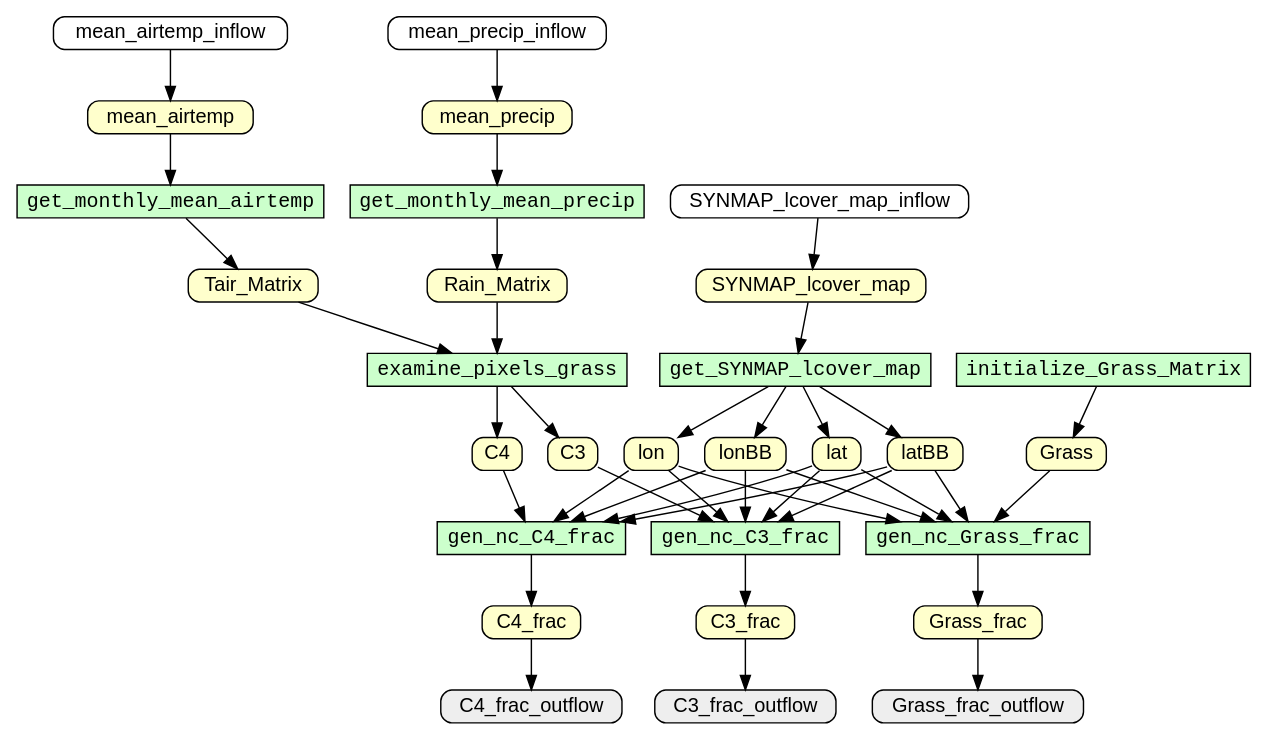
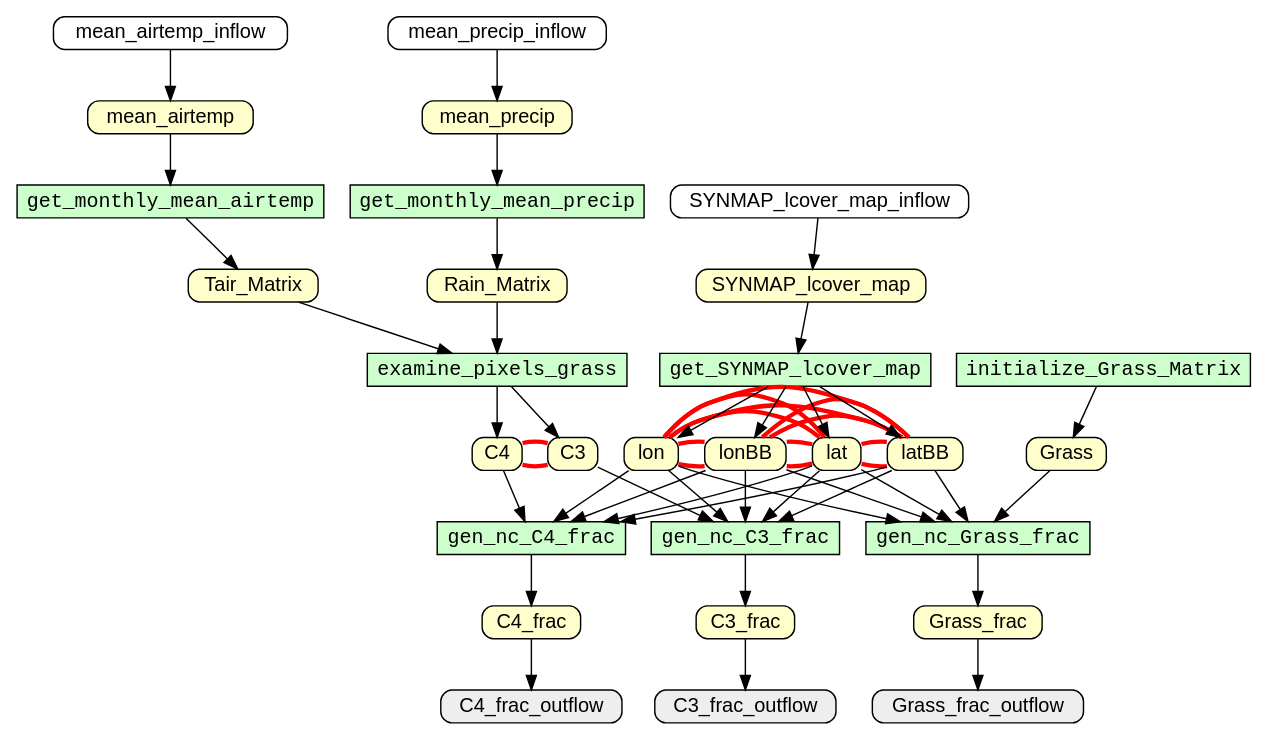
Before and after one commit to yesworkflow-org/yw-tapp-17-assert: the diagram in toy-examples/examples/c3c4/g.gv, drawn with Graphviz. The commit also changed 4 other files, not shown here.

```diff
--- a/toy-examples/examples/c3c4/g.gv
+++ b/toy-examples/examples/c3c4/g.gv
@@ -1,73 +1,87 @@
 digraph {
 rankdir=TB
 node [shape=box,fontname=Helvetica,fontsize=14,height=0,width=0]
 edge [fontname=Helvetica,fontsize=12]
 "C3"[style="filled,rounded" fillcolor="#FFFFCC",label="C3"]
 "C3_frac"[style="filled,rounded" fillcolor="#FFFFCC",label="C3_frac"]
 "C4"[style="filled,rounded" fillcolor="#FFFFCC",label="C4"]
 "C4_frac"[style="filled,rounded" fillcolor="#FFFFCC",label="C4_frac"]
 "Grass"[style="filled,rounded" fillcolor="#FFFFCC",label="Grass"]
 "Grass_frac"[style="filled,rounded" fillcolor="#FFFFCC",label="Grass_frac"]
 "Rain_Matrix"[style="filled,rounded" fillcolor="#FFFFCC",label="Rain_Matrix"]
 "SYNMAP_lcover_map"[style="filled,rounded" fillcolor="#FFFFCC",label="SYNMAP_lcover_map"]
 "Tair_Matrix"[style="filled,rounded" fillcolor="#FFFFCC",label="Tair_Matrix"]
 "lat"[style="filled,rounded" fillcolor="#FFFFCC",label="lat"]
 "latBB"[style="filled,rounded" fillcolor="#FFFFCC",label="latBB"]
 "lon"[style="filled,rounded" fillcolor="#FFFFCC",label="lon"]
 "lonBB"[style="filled,rounded" fillcolor="#FFFFCC",label="lonBB"]
 "mean_airtemp"[style="filled,rounded" fillcolor="#FFFFCC",label="mean_airtemp"]
 "mean_precip"[style="filled,rounded" fillcolor="#FFFFCC",label="mean_precip"]
 "C3_frac_outflow"[style="filled,rounded" fillcolor="#EEEEEE",label="C3_frac_outflow"]
 "C4_frac_outflow"[style="filled,rounded" fillcolor="#EEEEEE",label="C4_frac_outflow"]
 "Grass_frac_outflow"[style="filled,rounded" fillcolor="#EEEEEE",label="Grass_frac_outflow"]
 "SYNMAP_lcover_map_inflow"[style="filled,rounded" fillcolor="#FFFFFF",label="SYNMAP_lcover_map_inflow"]
 "initialize_Grass_Matrix"[style="filled,rounded" fillcolor="#FFFFFF",label="initialize_Grass_Matrix"]
 "mean_airtemp_inflow"[style="filled,rounded" fillcolor="#FFFFFF",label="mean_airtemp_inflow"]
 "mean_precip_inflow"[style="filled,rounded" fillcolor="#FFFFFF",label="mean_precip_inflow"]
 "examine_pixels_grass"[style="filled" fontname=Courier fillcolor="#CCFFCC",label="examine_pixels_grass"]
 "gen_nc_C3_frac"[style="filled" fontname=Courier fillcolor="#CCFFCC",label="gen_nc_C3_frac"]
 "gen_nc_C4_frac"[style="filled" fontname=Courier fillcolor="#CCFFCC",label="gen_nc_C4_frac"]
 "gen_nc_Grass_frac"[style="filled" fontname=Courier fillcolor="#CCFFCC",label="gen_nc_Grass_frac"]
 "get_SYNMAP_lcover_map"[style="filled" fontname=Courier fillcolor="#CCFFCC",label="get_SYNMAP_lcover_map"]
 "get_monthly_mean_airtemp"[style="filled" fontname=Courier fillcolor="#CCFFCC",label="get_monthly_mean_airtemp"]
 "get_monthly_mean_precip"[style="filled" fontname=Courier fillcolor="#CCFFCC",label="get_monthly_mean_precip"]
 "initialize_Grass_Matrix"[style="filled" fontname=Courier fillcolor="#CCFFCC",label="initialize_Grass_Matrix"]
 C3 -> gen_nc_C3_frac [color="#000000"]
 C3_frac -> C3_frac_outflow [color="#000000"]
 C4 -> gen_nc_C4_frac [color="#000000"]
 C4_frac -> C4_frac_outflow [color="#000000"]
 Grass -> gen_nc_Grass_frac [color="#000000"]
 Grass_frac -> Grass_frac_outflow [color="#000000"]
 Rain_Matrix -> examine_pixels_grass [color="#000000"]
 SYNMAP_lcover_map -> get_SYNMAP_lcover_map [color="#000000"]
 SYNMAP_lcover_map_inflow -> SYNMAP_lcover_map [color="#000000"]
 Tair_Matrix -> examine_pixels_grass [color="#000000"]
 examine_pixels_grass -> C3 [color="#000000"]
 examine_pixels_grass -> C4 [color="#000000"]
 gen_nc_C3_frac -> C3_frac [color="#000000"]
 gen_nc_C4_frac -> C4_frac [color="#000000"]
 gen_nc_Grass_frac -> Grass_frac [color="#000000"]
 get_SYNMAP_lcover_map -> lat [color="#000000"]
 get_SYNMAP_lcover_map -> latBB [color="#000000"]
 get_SYNMAP_lcover_map -> lon [color="#000000"]
 get_SYNMAP_lcover_map -> lonBB [color="#000000"]
 get_monthly_mean_airtemp -> Tair_Matrix [color="#000000"]
 get_monthly_mean_precip -> Rain_Matrix [color="#000000"]
 initialize_Grass_Matrix -> Grass [color="#000000"]
 lat -> gen_nc_C3_frac [color="#000000"]
 lat -> gen_nc_C4_frac [color="#000000"]
 lat -> gen_nc_Grass_frac [color="#000000"]
 latBB -> gen_nc_C3_frac [color="#000000"]
 latBB -> gen_nc_C4_frac [color="#000000"]
 latBB -> gen_nc_Grass_frac [color="#000000"]
 lon -> gen_nc_C3_frac [color="#000000"]
 lon -> gen_nc_C4_frac [color="#000000"]
 lon -> gen_nc_Grass_frac [color="#000000"]
 lonBB -> gen_nc_C3_frac [color="#000000"]
 lonBB -> gen_nc_C4_frac [color="#000000"]
 lonBB -> gen_nc_Grass_frac [color="#000000"]
 mean_airtemp -> get_monthly_mean_airtemp [color="#000000"]
 mean_airtemp_inflow -> mean_airtemp [color="#000000"]
 mean_precip -> get_monthly_mean_precip [color="#000000"]
 mean_precip_inflow -> mean_precip [color="#000000"]
+C3 -> C4 [constraint=false color="#FF0000" dir=none penwidth=3]
+C4 -> C3 [constraint=false color="#FF0000" dir=none penwidth=3]
+lat -> latBB [constraint=false color="#FF0000" dir=none penwidth=3]
+lat -> lon [constraint=false color="#FF0000" dir=none penwidth=3]
+lat -> lonBB [constraint=false color="#FF0000" dir=none penwidth=3]
+latBB -> lat [constraint=false color="#FF0000" dir=none penwidth=3]
+latBB -> lon [constraint=false color="#FF0000" dir=none penwidth=3]
+latBB -> lonBB [constraint=false color="#FF0000" dir=none penwidth=3]
+lon -> lat [constraint=false color="#FF0000" dir=none penwidth=3]
+lon -> latBB [constraint=false color="#FF0000" dir=none penwidth=3]
+lon -> lonBB [constraint=false color="#FF0000" dir=none penwidth=3]
+lonBB -> lat [constraint=false color="#FF0000" dir=none penwidth=3]
+lonBB -> latBB [constraint=false color="#FF0000" dir=none penwidth=3]
+lonBB -> lon [constraint=false color="#FF0000" dir=none penwidth=3]
 }
```
